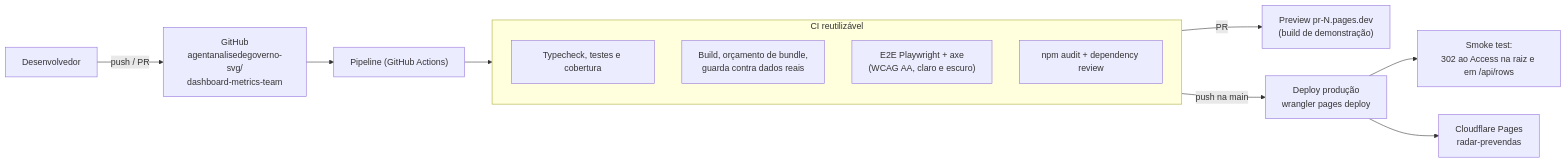
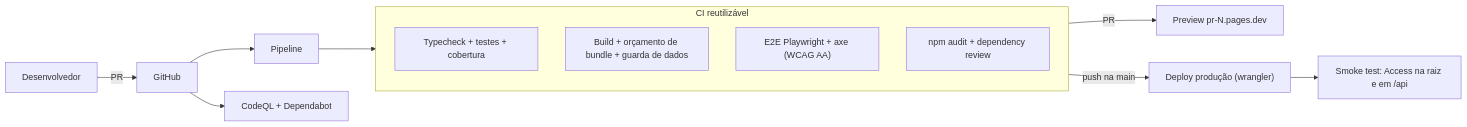
The sixth of 7 diagrams in docs/ARQUITETURA.md (agentanalisedegoverno-svg/dashboard-metrics-team), drawn with Mermaid before and after one commit. The commit also changed other lines of this file and 12 other files, not shown here.

First line of the commit message:
docs: arquitetura, operação, integração Planner, backup e roadmap atualizados; planner-auto versionado

````diff
--- a/docs/ARQUITETURA.md
+++ b/docs/ARQUITETURA.md
@@ -128,18 +176,16 @@
 ```mermaid
 flowchart LR
-  DEV["Desenvolvedor"] -->|push / PR| GH["GitHub<br/>agentanalisedegoverno-svg/<br/>dashboard-metrics-team"]
-  GH --> PIPE["Pipeline (GitHub Actions)"]
-
+  DEV["Desenvolvedor"] -->|"PR"| GH["GitHub"]
+  GH --> PIPE["Pipeline"]
   subgraph ci["CI reutilizável"]
-    Q["Typecheck, testes e cobertura"]
-    B["Build, orçamento de bundle,<br/>guarda contra dados reais"]
-    E["E2E Playwright + axe<br/>(WCAG AA, claro e escuro)"]
+    Q["Typecheck + testes + cobertura"]
+    B["Build + orçamento de bundle + guarda de dados"]
+    E["E2E Playwright + axe (WCAG AA)"]
     A["npm audit + dependency review"]
   end
-
   PIPE --> ci
-  ci -->|"PR"| PRV["Preview pr-N.pages.dev<br/>(build de demonstração)"]
-  ci -->|"push na main"| PROD["Deploy produção<br/>wrangler pages deploy"]
-  PROD --> SMOKE["Smoke test:<br/>302 ao Access na raiz e em /api/rows"]
-  PROD --> CFP["Cloudflare Pages<br/>radar-prevendas"]
+  ci -->|"PR"| PRV["Preview pr-N.pages.dev"]
+  ci -->|"push na main"| PROD["Deploy produção (wrangler)"]
+  PROD --> SMOKE["Smoke test: Access na raiz e em /api"]
+  GH --> CQL["CodeQL + Dependabot"]
 ```
````
